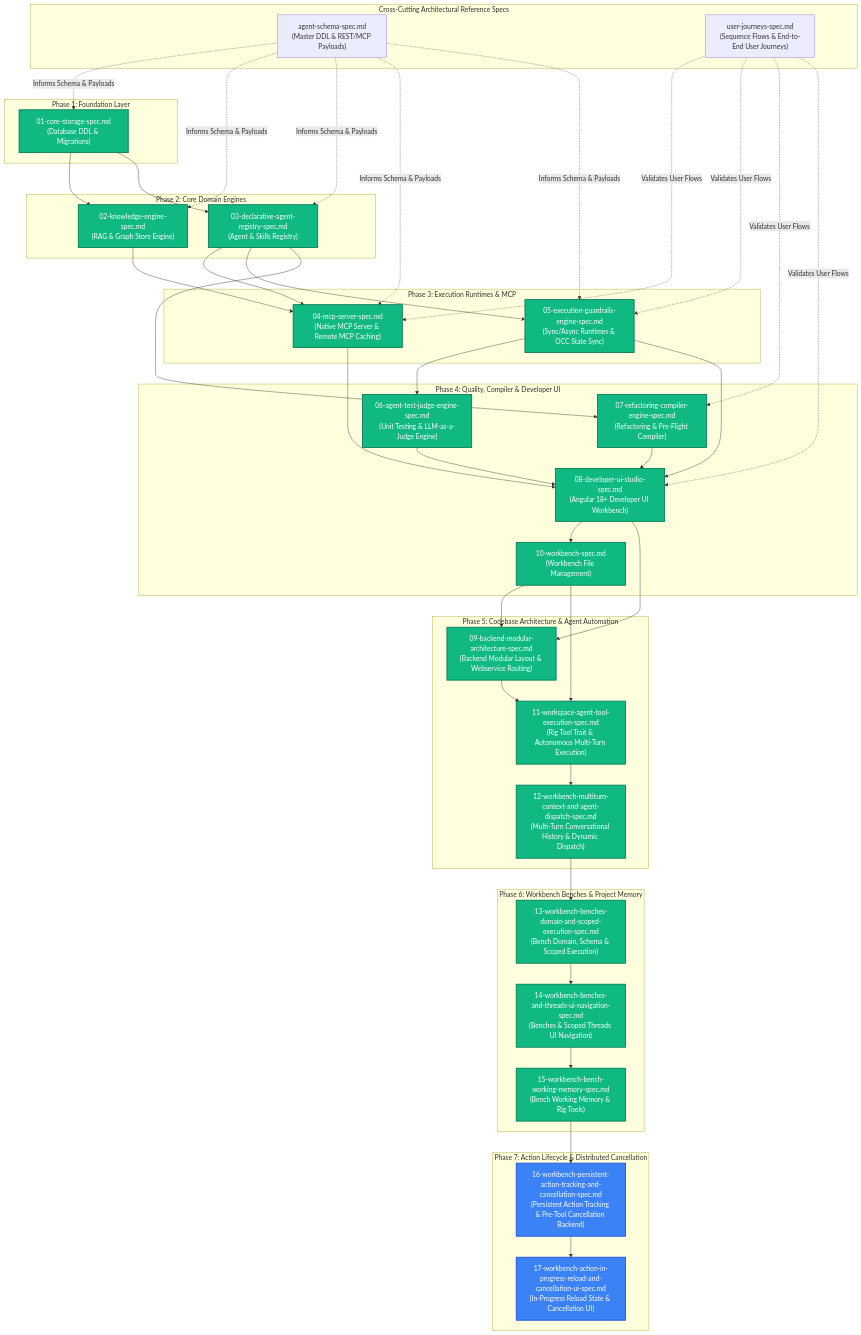
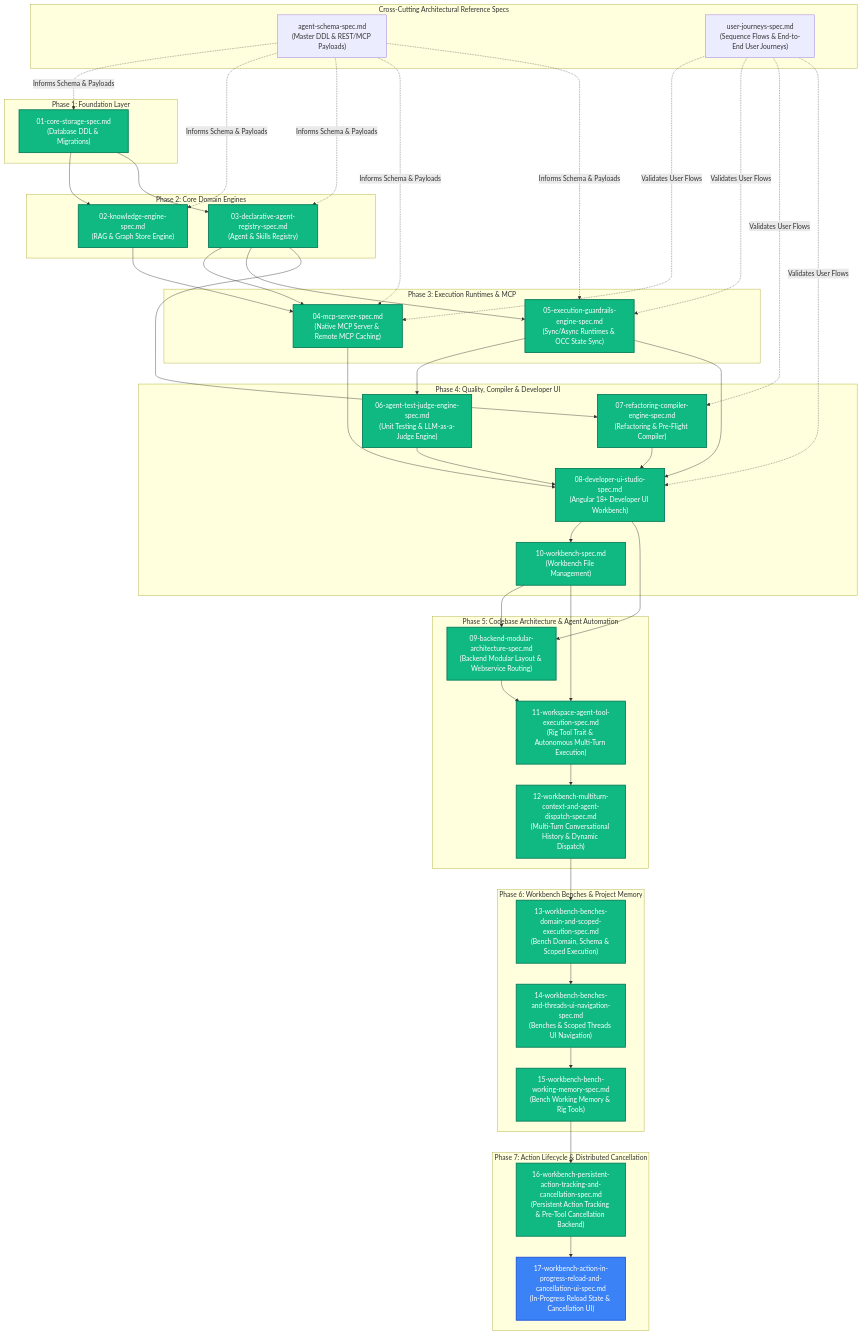
One commit to PolecatWorks/agent-as-data changed the diagram in spec/specs/README.md. Above: the diagram before and after it, drawn with Mermaid. The commit also changed other lines of this file and 9 other files, not shown here.

Commit message:
feat(spec-16): complete persistent action tracking and distributed cancellation backend

```diff
--- a/spec/specs/README.md
+++ b/spec/specs/README.md
@@ -59,7 +59,7 @@
     end
 
     subgraph Phase7 ["Phase 7: Action Lifecycle & Distributed Cancellation"]
-        Spec16["16-workbench-persistent-action-tracking-and-cancellation-spec.md<br/>(Persistent Action Tracking & Pre-Tool Cancellation Backend)"]:::draft
+        Spec16["16-workbench-persistent-action-tracking-and-cancellation-spec.md<br/>(Persistent Action Tracking & Pre-Tool Cancellation Backend)"]:::complete
         Spec17["17-workbench-action-in-progress-reload-and-cancellation-ui-spec.md<br/>(In-Progress Reload State & Cancellation UI)"]:::draft
     end
 
```
